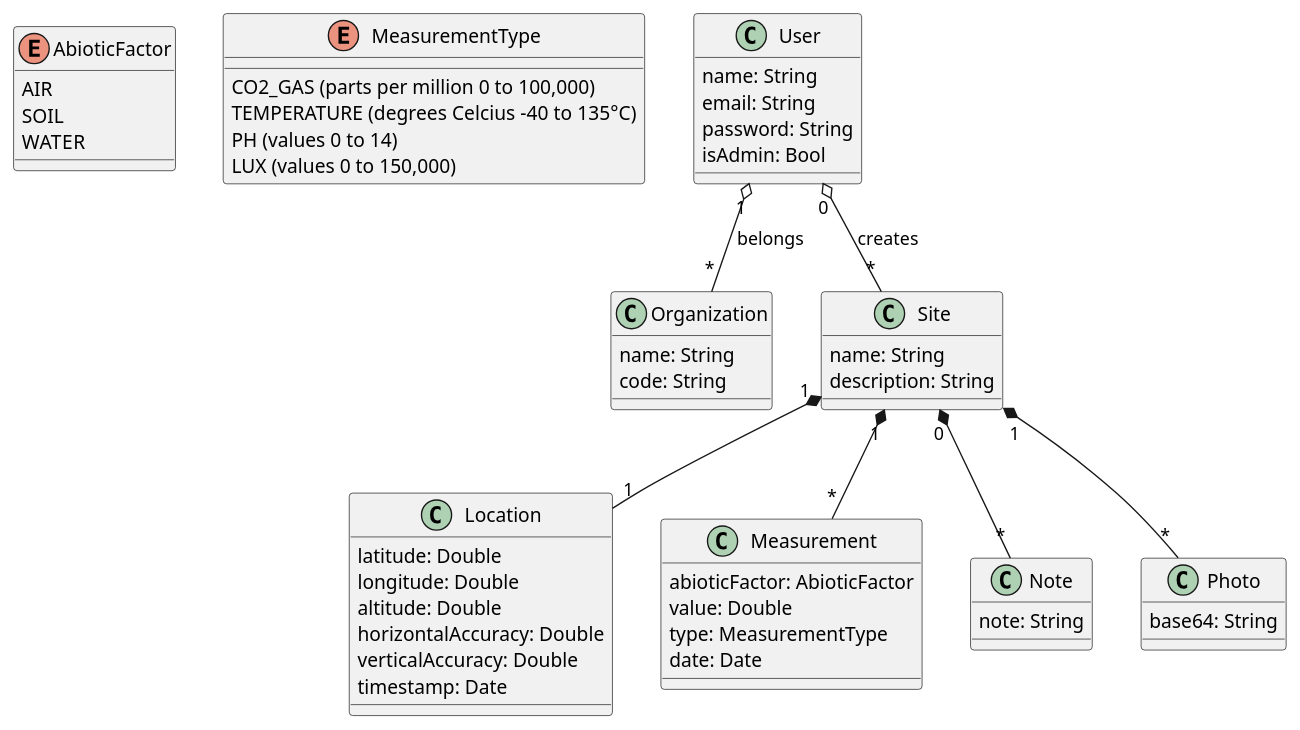
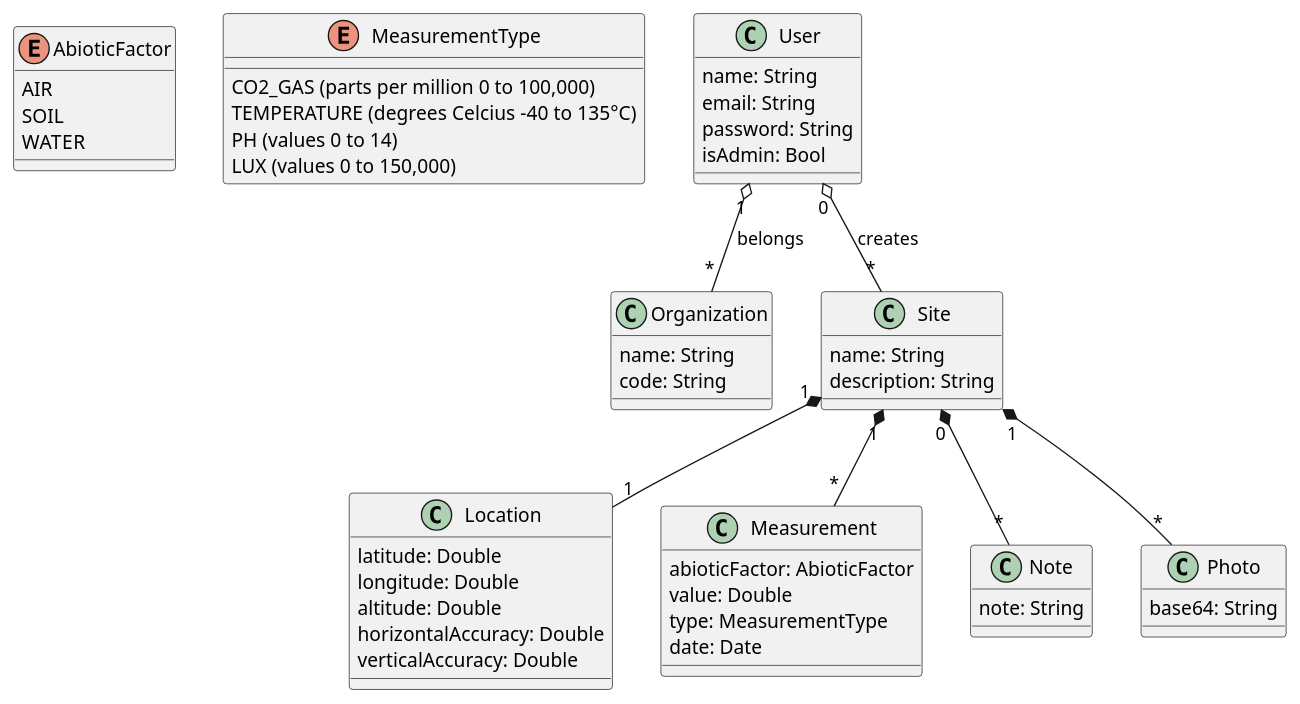
One commit to kwingerden/ecodatum-server changed the diagram in Documentation/Model.plantuml. Above: the diagram before and after it, drawn with PlantUML. The commit also changed 5 other files, not shown here.

```diff
--- a/Documentation/Model.plantuml
+++ b/Documentation/Model.plantuml
@@ -1,65 +1,64 @@
 @startuml
 
 enum AbioticFactor {
   AIR
   SOIL
   WATER
 }
 
 enum MeasurementType {
   CO2_GAS (parts per million 0 to 100,000)
   TEMPERATURE (degrees Celcius –40 to 135°C)
   PH (values 0 to 14)
   LUX (values 0 to 150,000)
 }
 
 class Location {
   latitude: Double
   longitude: Double
   altitude: Double
   horizontalAccuracy: Double
   verticalAccuracy: Double
-  timestamp: Date
 }
 
 class Measurement {
   abioticFactor: AbioticFactor
   value: Double
   type: MeasurementType
   date: Date
 }
 
 class Note {
   note: String
 }
 
 class Organization {
   name: String
   code: String
 }
 
 class Photo {
   base64: String
 }
 
 class Site {
   name: String
   description: String
 }
 
 class User {
   name: String
   email: String
   password: String
   isAdmin: Bool
 }
 
 User "0" o-- "*" Site : creates
 User "1" o-- "*" Organization : belongs
 
 Site "1" *-- "1" Location
 Site "0" *-- "*" Note
 Site "1" *-- "*" Photo
 Site "1" *-- "*" Measurement
 
 @enduml
```
